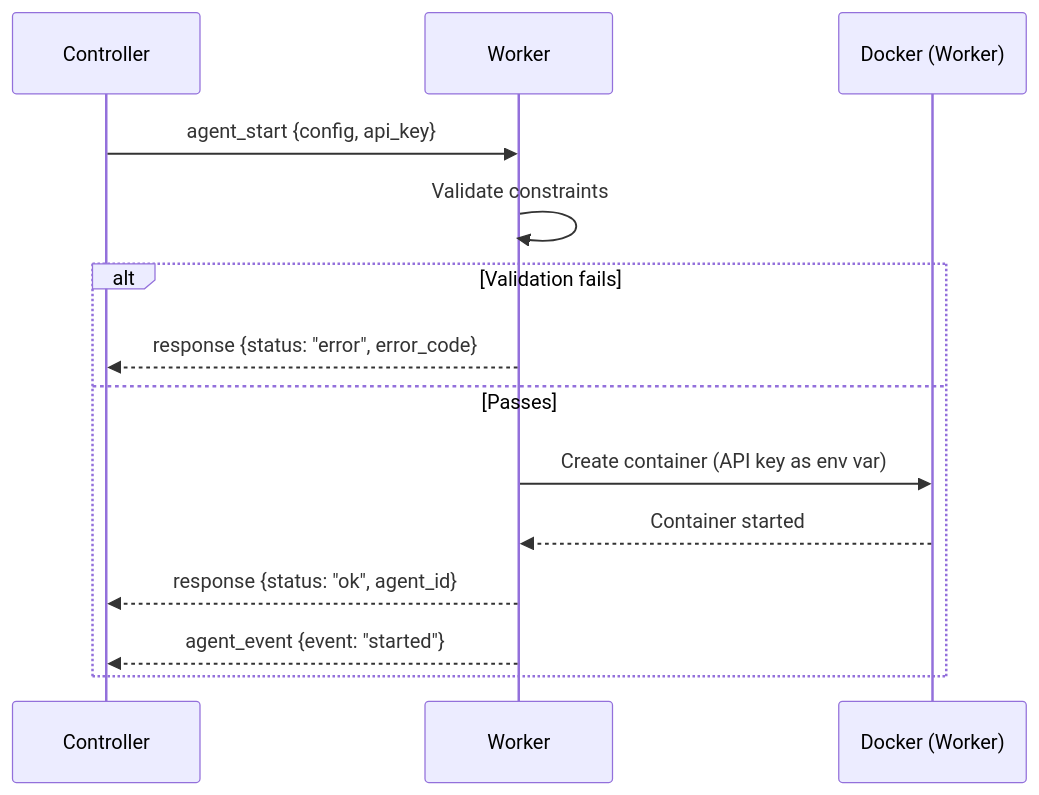
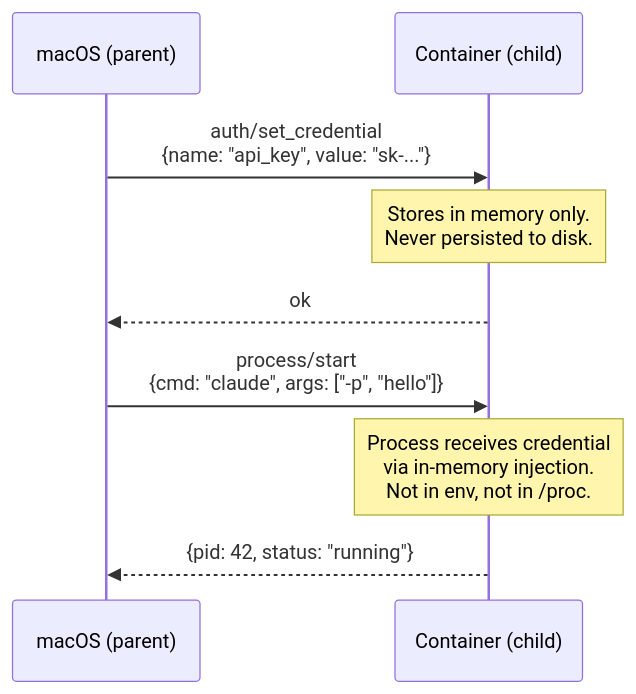
Diagram 13 of 19 in docs/manual/internals/protocols/h2h-protocol.md (openhort/openhort), drawn with Mermaid before and after one commit. The commit also changed other lines of this file and 7 other files, not shown here.

````diff
--- a/docs/manual/internals/protocols/h2h-protocol.md
+++ b/docs/manual/internals/protocols/h2h-protocol.md
@@ -260,16 +582,13 @@
 ```mermaid
 sequenceDiagram
-    participant C as Controller
-    participant W as Worker
-    participant D as Docker (Worker)
-    C->>W: agent_start {config, api_key}
-    W->>W: Validate constraints
-    alt Validation fails
-        W-->>C: response {status: "error", error_code}
-    else Passes
-        W->>D: Create container (API key as env var)
-        D-->>W: Container started
-        W-->>C: response {status: "ok", agent_id}
-        W-->>C: agent_event {event: "started"}
-    end
+    participant Mac as macOS (parent)
+    participant Container as Container (child)
+    
+    Mac->>Container: auth/set_credential<br/>{name: "api_key", value: "sk-..."}
+    Note over Container: Stores in memory only.<br/>Never persisted to disk.
+    Container-->>Mac: ok
+    
+    Mac->>Container: process/start<br/>{cmd: "claude", args: ["-p", "hello"]}
+    Note over Container: Process receives credential<br/>via in-memory injection.<br/>Not in env, not in /proc.
+    Container-->>Mac: {pid: 42, status: "running"}
 ```
````
